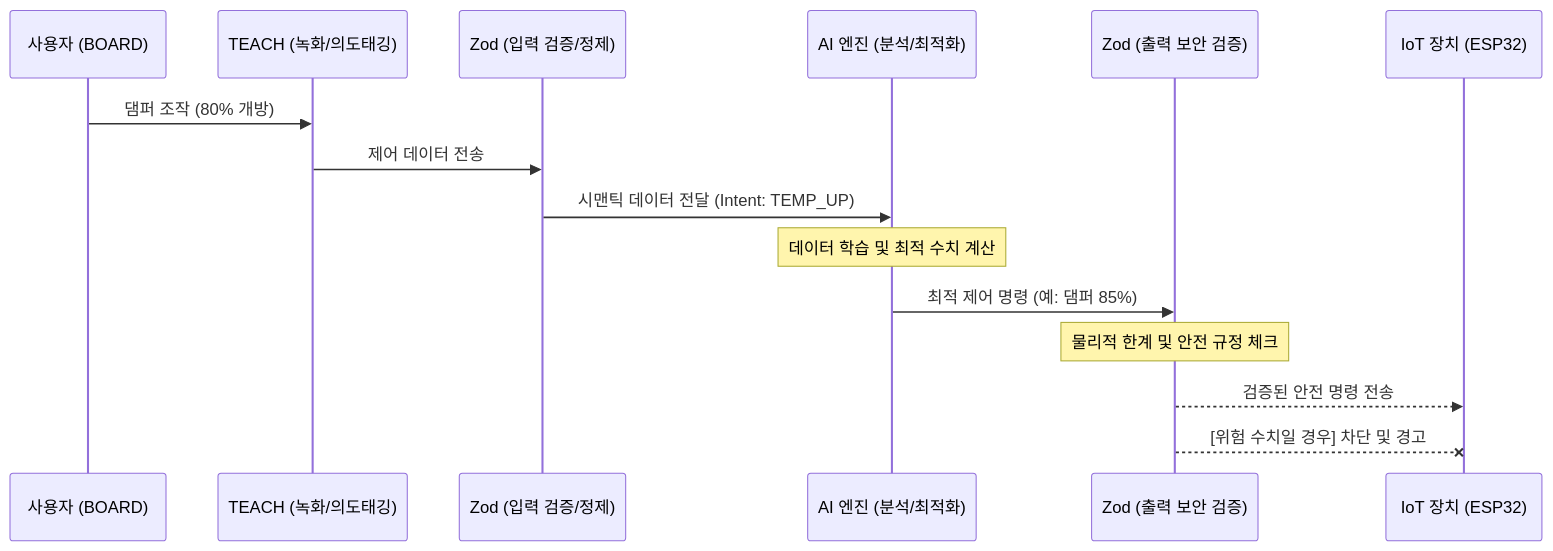
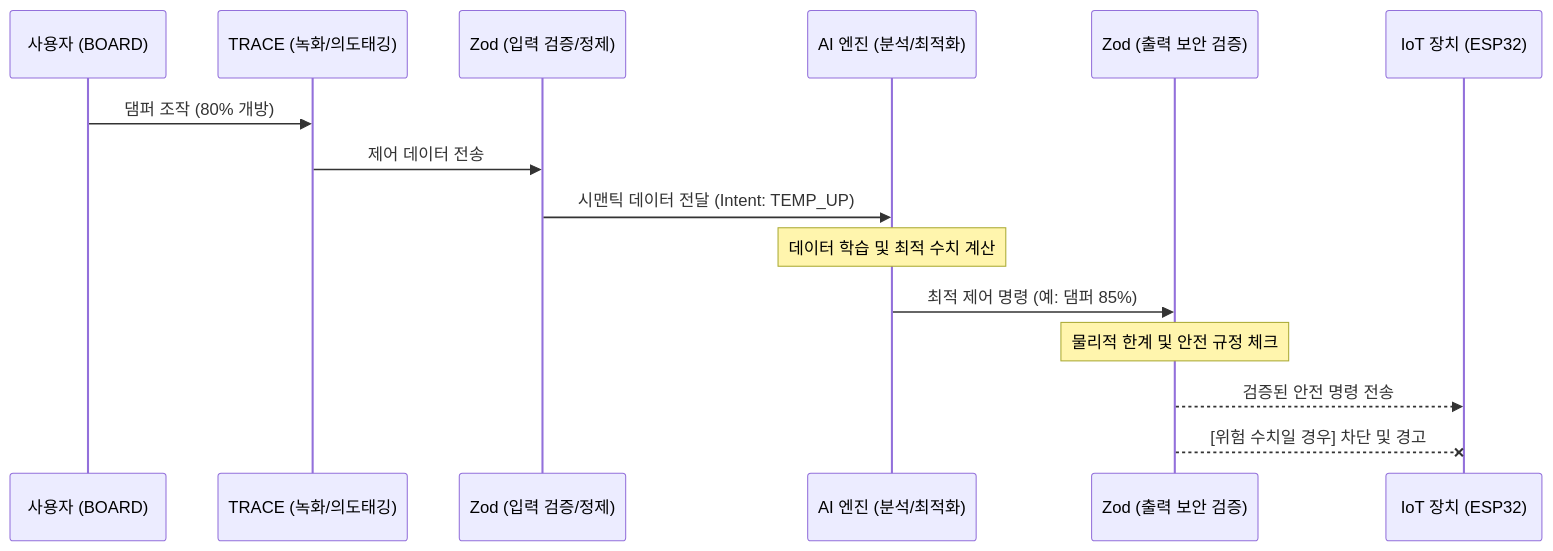
Before and after one commit to U2SOUTION/NEXA: the third of 4 diagrams in NEXA-Documentation/Platform/01-기획/NEXA_System_Architecture_Blueprint.md, drawn with Mermaid. The commit also changed other lines of this file and 17 other files, not shown here.

````diff
--- a/NEXA-Documentation/Platform/01-기획/NEXA_System_Architecture_Blueprint.md
+++ b/NEXA-Documentation/Platform/01-기획/NEXA_System_Architecture_Blueprint.md
@@ -294,24 +294,24 @@
 ```mermaid
 
     sequenceDiagram
     participant User as 사용자 (BOARD)
-    participant Teach as TEACH (녹화/의도태깅)
+    participant Teach as TRACE (녹화/의도태깅)
     participant Zod_In as Zod (입력 검증/정제)
     participant AI as AI 엔진 (분석/최적화)
     participant Zod_Out as Zod (출력 보안 검증)
     participant Device as IoT 장치 (ESP32)
 
     User->>Teach: 댐퍼 조작 (80% 개방)
     Teach->>Zod_In: 제어 데이터 전송
     Zod_In->>AI: 시맨틱 데이터 전달 (Intent: TEMP_UP)
 
     Note over AI: 데이터 학습 및 최적 수치 계산
 
     AI->>Zod_Out: 최적 제어 명령 (예: 댐퍼 85%)
 
     Note over Zod_Out: 물리적 한계 및 안전 규정 체크
 
     Zod_Out-->>Device: 검증된 안전 명령 전송
     Zod_Out--xDevice: [위험 수치일 경우] 차단 및 경고
 
 ```
````
